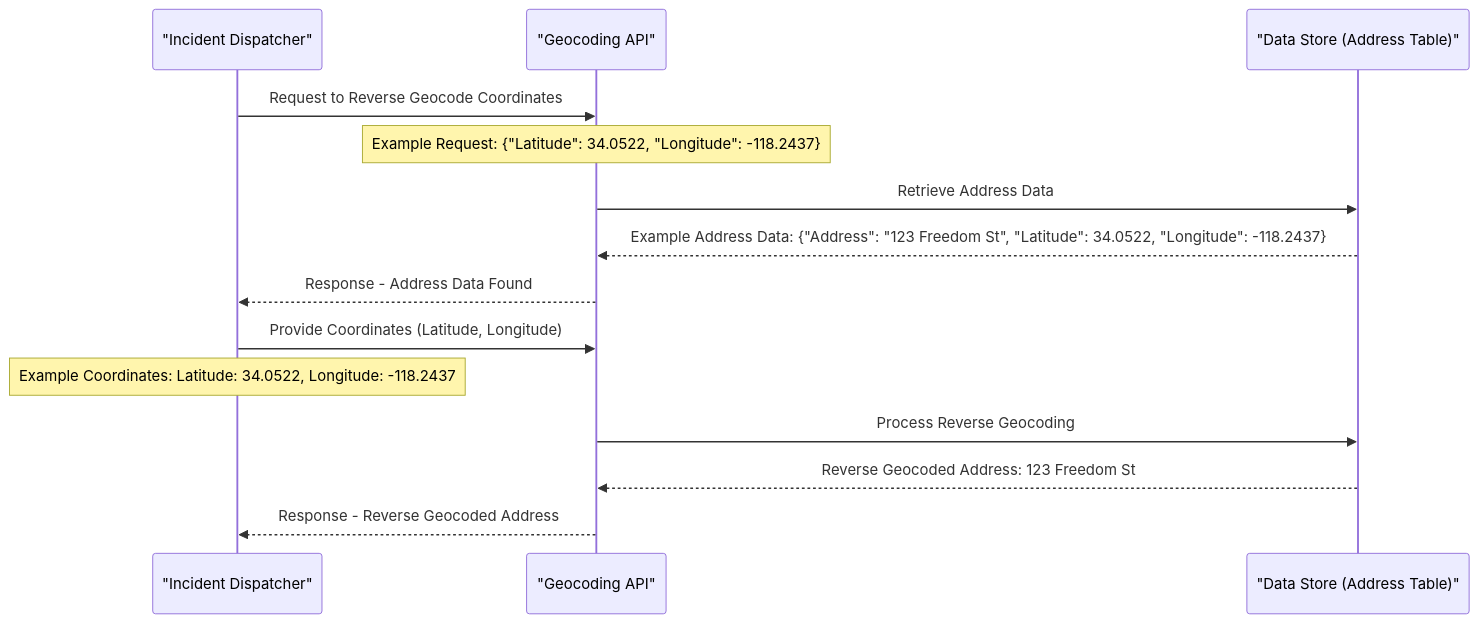
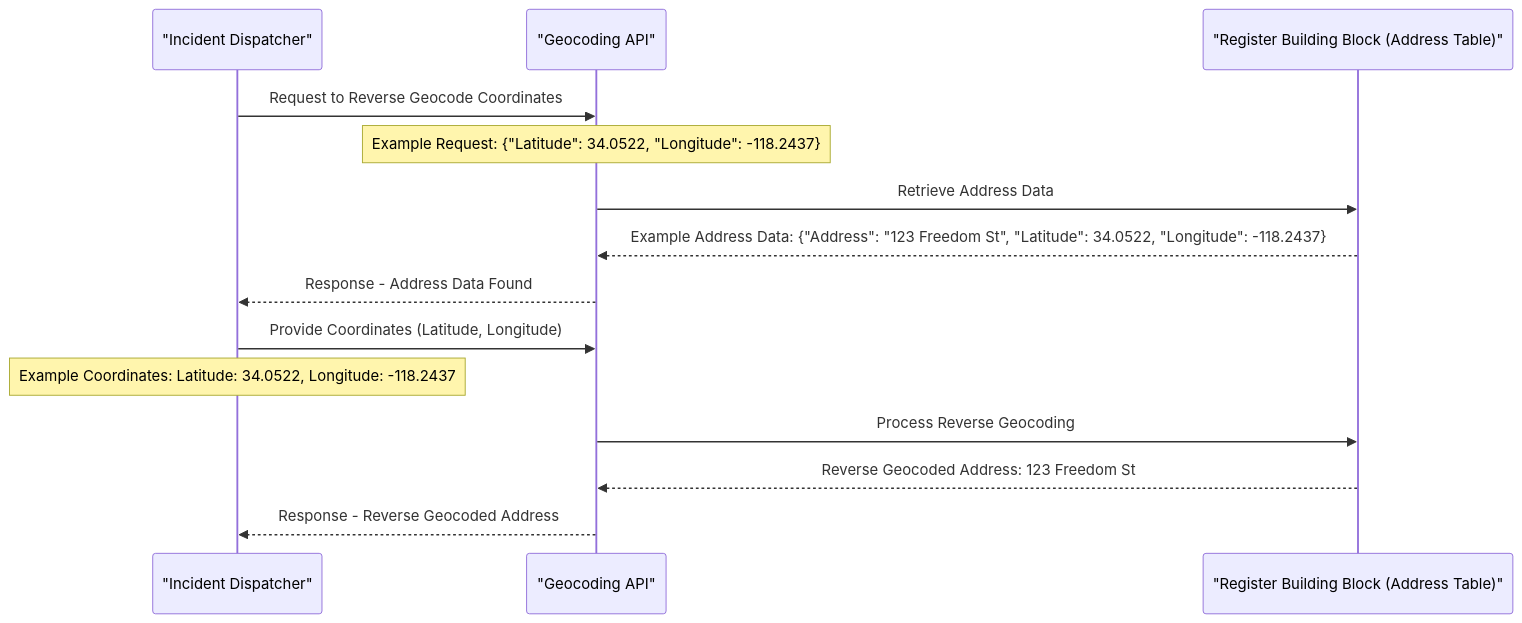
Before and after one commit to GovStackWorkingGroup/bb-gis: the tenth of 18 diagrams in spec/9-workflows.md, drawn with Mermaid. The commit also changed other lines of this file and 20 other files, not shown here.

````diff
--- a/spec/9-workflows.md
+++ b/spec/9-workflows.md
@@ -346,19 +347,19 @@
 ```mermaid
 sequenceDiagram
   participant ExternalApp as "Incident Dispatcher"
   participant GeocodingAPI as "Geocoding API"
-  participant DataStore as "Data Store (Address Table)"
+  participant RegisterBB as "Register Building Block (Address Table)"
 
   ExternalApp ->> GeocodingAPI: Request to Reverse Geocode Coordinates
   Note over GeocodingAPI: Example Request: {"Latitude": 34.0522, "Longitude": -118.2437}
-  GeocodingAPI ->> DataStore: Retrieve Address Data
-  DataStore -->> GeocodingAPI: Example Address Data: {"Address": "123 Freedom St", "Latitude": 34.0522, "Longitude": -118.2437}
+  GeocodingAPI ->> RegisterBB: Retrieve Address Data
+  RegisterBB -->> GeocodingAPI: Example Address Data: {"Address": "123 Freedom St", "Latitude": 34.0522, "Longitude": -118.2437}
   GeocodingAPI -->> ExternalApp: Response - Address Data Found
 
   ExternalApp ->> GeocodingAPI: Provide Coordinates (Latitude, Longitude)
   Note over ExternalApp: Example Coordinates: Latitude: 34.0522, Longitude: -118.2437
-  GeocodingAPI ->> DataStore: Process Reverse Geocoding
-  DataStore -->> GeocodingAPI: Reverse Geocoded Address: 123 Freedom St
+  GeocodingAPI ->> RegisterBB: Process Reverse Geocoding
+  RegisterBB -->> GeocodingAPI: Reverse Geocoded Address: 123 Freedom St
   GeocodingAPI -->> ExternalApp: Response - Reverse Geocoded Address
 
 ```
````
